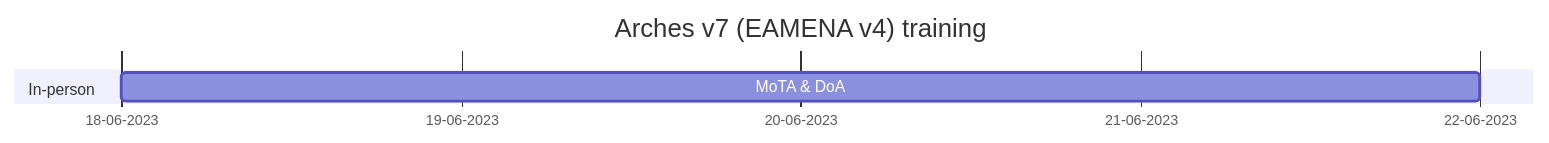
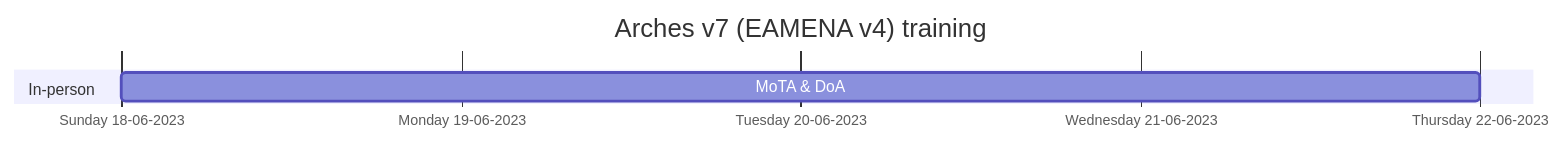
Before and after one commit to eamena-project/eamena-arches-dev: the second of 2 diagrams in training/README.md, drawn with Mermaid. The commit also changed other lines of this file, not shown here.

Commit message:
cpf training

````diff
--- a/training/README.md
+++ b/training/README.md
@@ -231,9 +233,9 @@
 ```mermaid
 gantt
     title Arches v7 (EAMENA v4) training
     dateFormat  YYYY-MM-DD
-    axisFormat  %d-%m-%Y
+    axisFormat  %A %d-%m-%Y
     tickInterval 1day
     section In-person
     MoTA & DoA                        : a1, 2023-06-18, 2023-06-22
 ```
````
